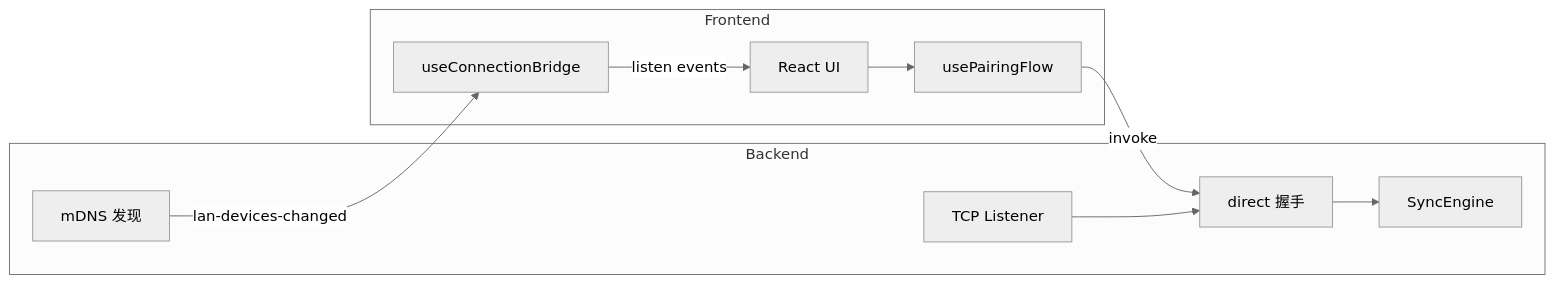
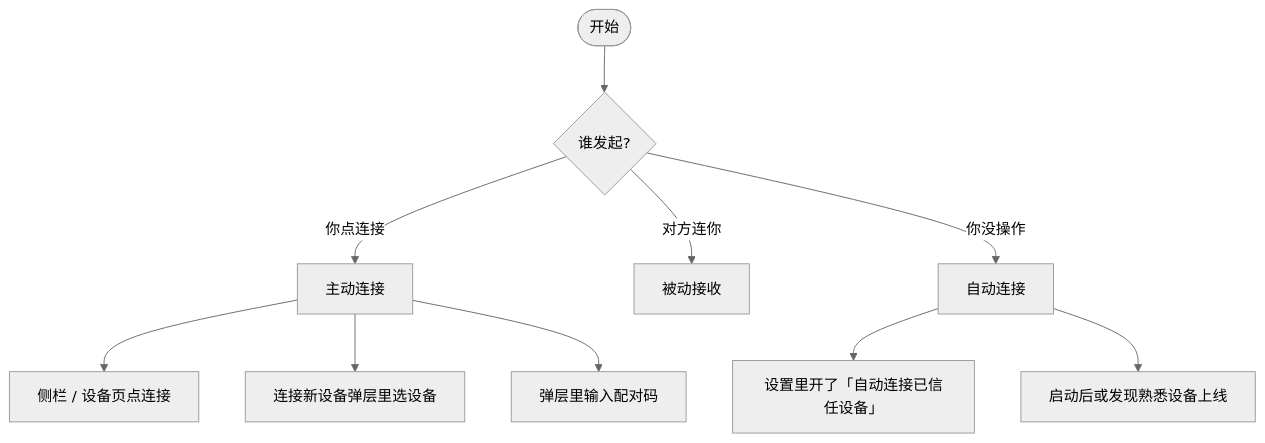
The first of 5 diagrams in CONNECTION.md (planarcat/planarclip), drawn with Mermaid (neutral theme) before and after one commit. The commit also changed other lines of this file, not shown here.

````diff
--- a/CONNECTION.md
+++ b/CONNECTION.md
@@ -20,20 +55,14 @@
 ```mermaid
-flowchart LR
-  subgraph Frontend
-    UI[React UI]
-    Bridge[useConnectionBridge]
-    Flow[usePairingFlow]
-  end
-  subgraph Backend
-    Discovery[mDNS 发现]
-    Listener[TCP Listener]
-    Handshake[direct 握手]
-    Sync[SyncEngine]
-  end
-  UI --> Flow
-  Flow -->|invoke| Handshake
-  Bridge -->|listen events| UI
-  Discovery -->|lan-devices-changed| Bridge
-  Listener --> Handshake
-  Handshake --> Sync
+flowchart TD
+  A([开始]) --> B{谁发起?}
+  B -->|你点连接| C[主动连接]
+  B -->|对方连你| D[被动接收]
+  B -->|你没操作| E[自动连接]
+
+  C --> C1[侧栏 / 设备页点连接]
+  C --> C2[连接新设备弹层里选设备]
+  C --> C2b[弹层里输入配对码]
+
+  E --> E1[设置里开了「自动连接已信任设备」]
+  E --> E2[启动后或发现熟悉设备上线]
 ```
````
